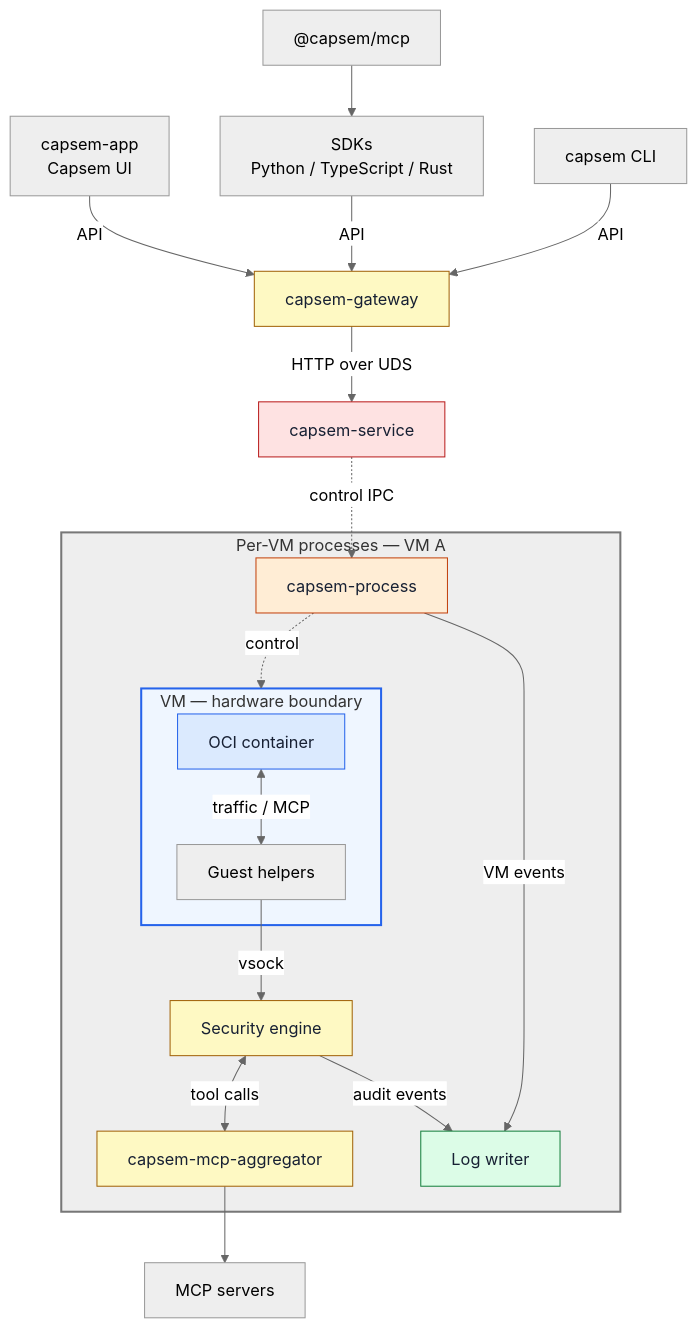
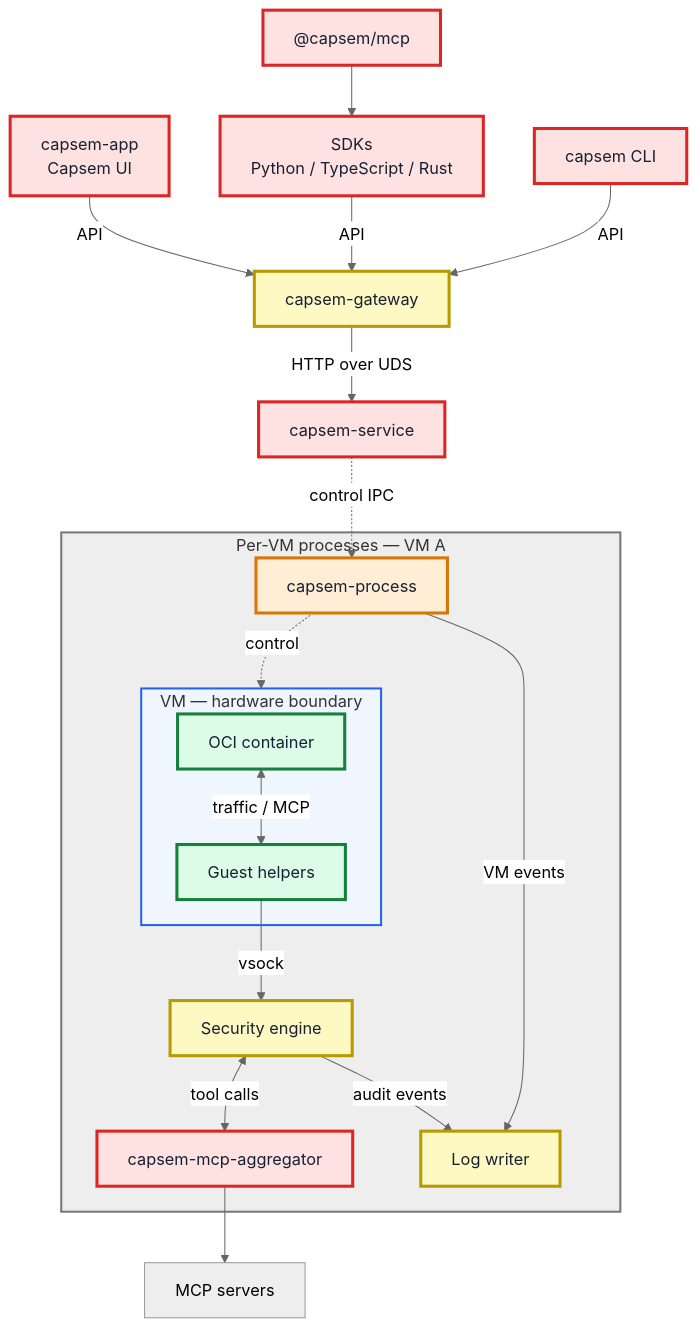
The first of 2 diagrams in web/docs/src/content/docs/architecture/security.md (google/capsem), drawn with Mermaid before and after one commit. The commit also changed other lines of this file and 2 other files, not shown here.

````diff
--- a/web/docs/src/content/docs/architecture/security.md
+++ b/web/docs/src/content/docs/architecture/security.md
@@ -14,50 +27,48 @@
 ```mermaid
 %%{init: {"theme": "neutral"}}%%
 flowchart TB
   app["capsem-app<br/>Capsem UI"]
   hostMcp["@capsem/mcp"]
   sdk["SDKs<br/>Python / TypeScript / Rust"]
   cli["capsem CLI"]
   gateway["capsem-gateway"]
   service["capsem-service"]
 
   hostMcp --> sdk
   app -->|API| gateway
   sdk -->|API| gateway
   cli -->|API| gateway
   gateway -->|HTTP over UDS| service
 
   subgraph perVM["Per-VM processes — VM A"]
     owner["capsem-process"]
     subgraph vm["VM — hardware boundary"]
       container["OCI container"]
       guest["Guest helpers"]
       container <-->|traffic / MCP| guest
     end
     engine["Security engine"]
     mcp["capsem-mcp-aggregator"]
     writer["Log writer"]
 
     owner -. control .-> vm
     guest -->|vsock| engine
     engine <-->|tool calls| mcp
     engine -->|audit events| writer
     owner -->|VM events| writer
   end
 
   service -. control IPC .-> owner
   mcp --> tools["MCP servers"]
 
-  classDef trusted fill:#fee2e2,stroke:#b91c1c,color:#172033
-  classDef owner fill:#ffedd5,stroke:#c2410c,color:#172033
-  classDef scoped fill:#fef9c3,stroke:#a16207,color:#172033
-  classDef minimal fill:#dcfce7,stroke:#15803d,color:#172033
-  classDef guest fill:#dbeafe,stroke:#2563eb,color:#172033
-  class service trusted
-  class owner owner
-  class gateway,engine,mcp scoped
-  class writer minimal
-  class container guest
+  classDef maximum fill:#fee2e2,stroke:#dc2626,stroke-width:3px,color:#172033
+  classDef elevated fill:#ffedd5,stroke:#d97706,stroke-width:3px,color:#172033
+  classDef limited fill:#fef9c3,stroke:#b59b00,stroke-width:3px,color:#172033
+  classDef minimum fill:#dcfce7,stroke:#15803d,stroke-width:3px,color:#172033
+  class service,app,hostMcp,sdk,cli,mcp maximum
+  class owner elevated
+  class gateway,engine,writer limited
+  class container,guest minimum
   style perVM fill:#eeeeee,stroke:#777777,stroke-width:2px
   style vm fill:#eff6ff,stroke:#2563eb,stroke-width:2px
 ```
````
